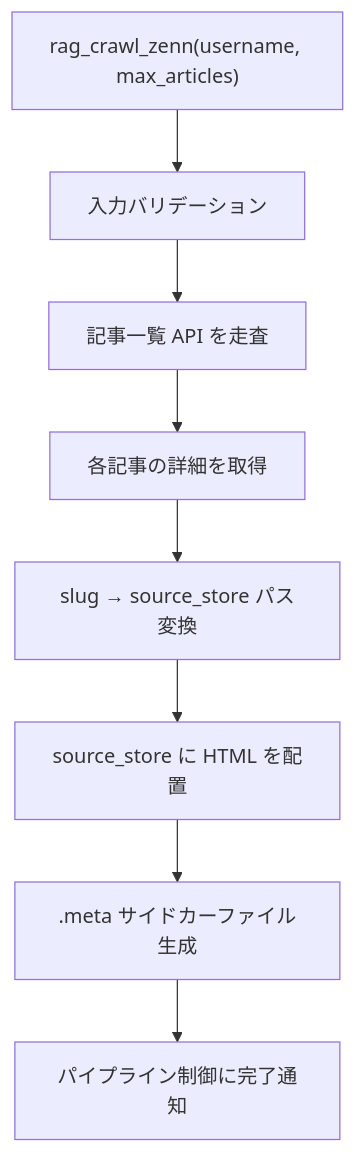
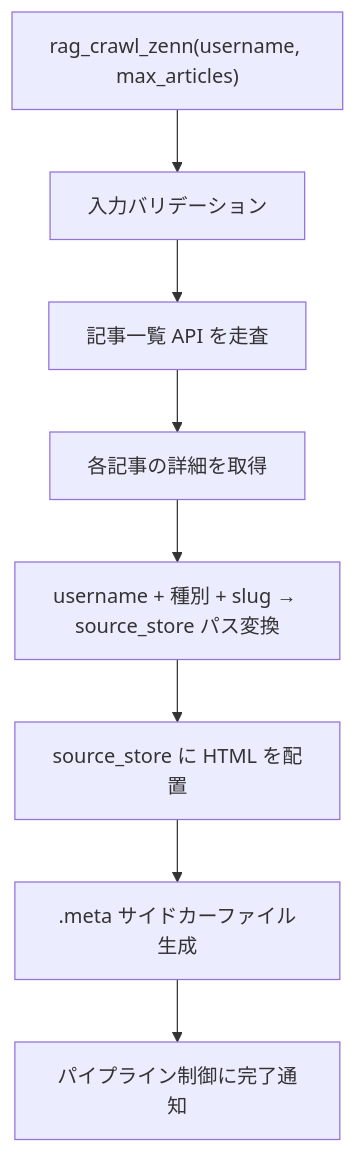
The fifth of 6 diagrams in docs/specs/ingester.md (becky3/rag-knowledge), drawn with Mermaid before and after one commit. The commit also changed other lines of this file, not shown here.

````diff
--- a/docs/specs/ingester.md
+++ b/docs/specs/ingester.md
@@ -262,19 +266,19 @@
 ```mermaid
 flowchart TD
     START["rag_crawl_zenn(username, max_articles)"]
     VALIDATE["入力バリデーション"]
     DISCOVER["記事一覧 API を走査"]
     FETCH["各記事の詳細を取得"]
-    PATH["slug → source_store パス変換"]
+    PATH["username + 種別 + slug → source_store パス変換"]
     PLACE["source_store に HTML を配置"]
     META[".meta サイドカーファイル生成"]
     NOTIFY["パイプライン制御に完了通知"]
 
     START --> VALIDATE
     VALIDATE --> DISCOVER
     DISCOVER --> FETCH
     FETCH --> PATH
     PATH --> PLACE
     PLACE --> META
     META --> NOTIFY
 ```
````
